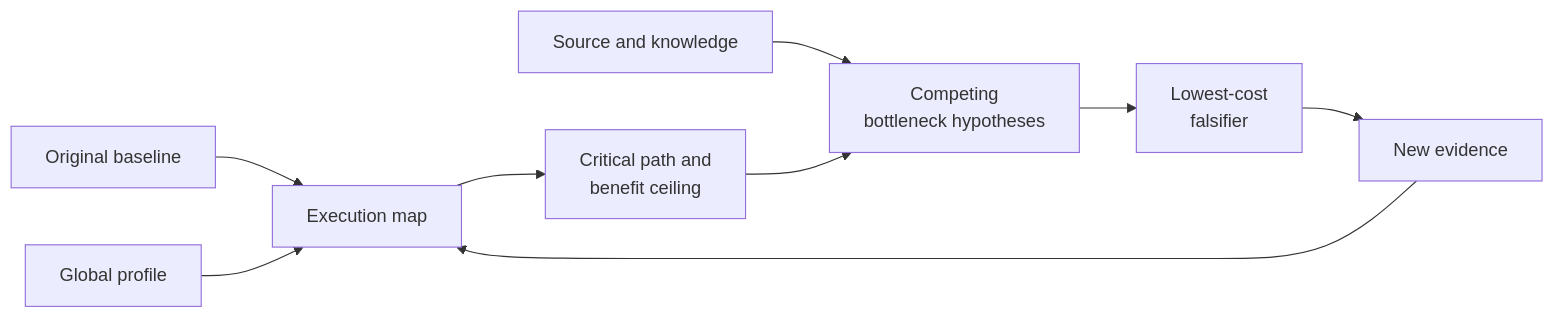
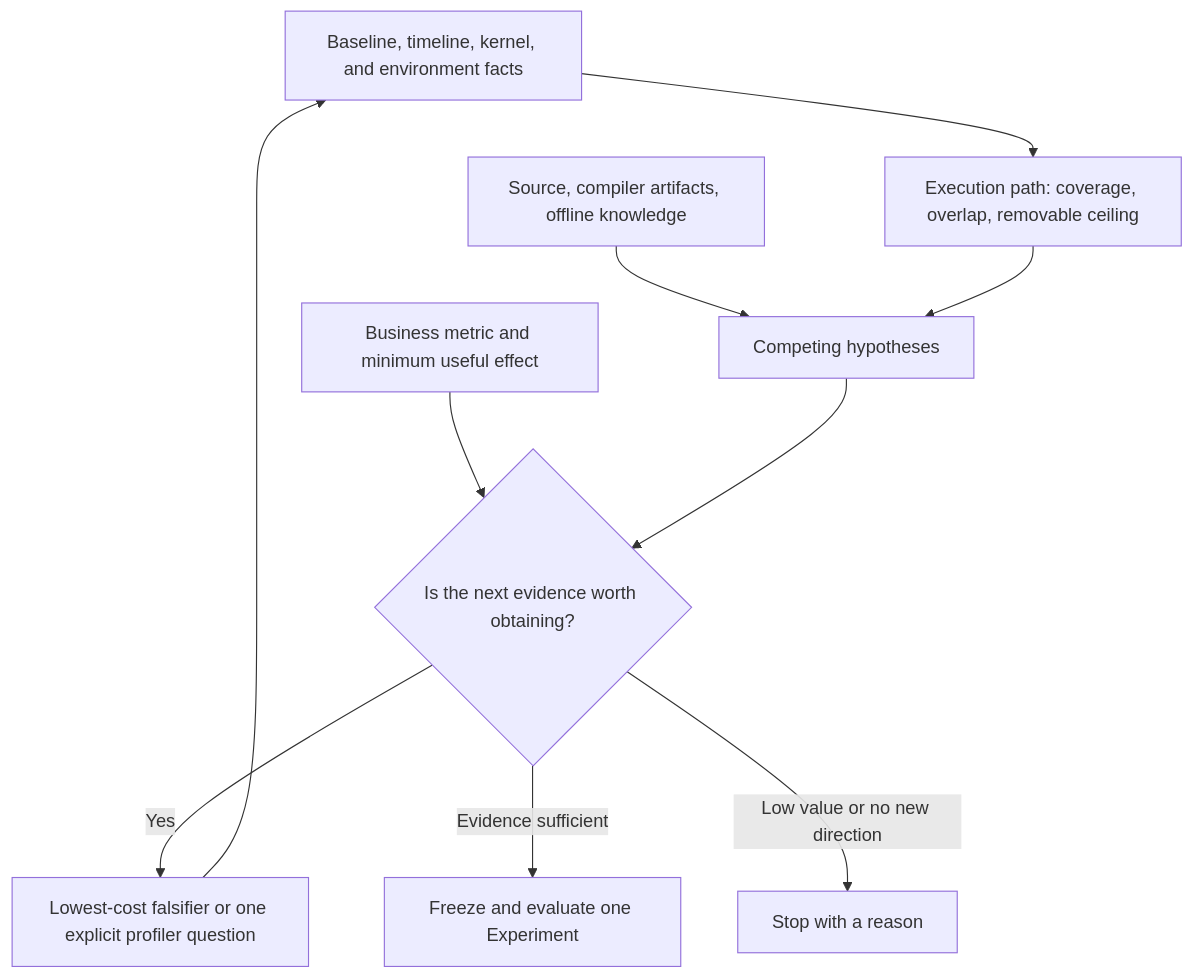
The second of 2 diagrams in README.en.md (troycheng/cuda-kernel-optimizer), drawn with Mermaid before and after one commit. The commit also changed other lines of this file and 88 other files, not shown here.

````diff
--- a/README.en.md
+++ b/README.en.md
@@ -94,11 +85,12 @@
 ```mermaid
-flowchart LR
-    baseline["Original baseline"] --> execution["Execution map"]
-    profile["Global profile"] --> execution
-    execution --> accounting["Critical path and<br/>benefit ceiling"]
-    source["Source and knowledge"] --> hypotheses["Competing<br/>bottleneck hypotheses"]
-    accounting --> hypotheses
-    hypotheses --> falsifier["Lowest-cost<br/>falsifier"]
-    falsifier --> evidence["New evidence"]
-    evidence --> execution
+flowchart TD
+    facts["Baseline, timeline, kernel, and environment facts"] --> map["Execution path: coverage, overlap, removable ceiling"]
+    source["Source, compiler artifacts, offline knowledge"] --> hypotheses["Competing hypotheses"]
+    map --> hypotheses
+    objective["Business metric and minimum useful effect"] --> decision{"Is the next evidence worth obtaining?"}
+    hypotheses --> decision
+    decision -->|"Yes"| check["Lowest-cost falsifier or one explicit profiler question"]
+    check --> facts
+    decision -->|"Evidence sufficient"| experiment["Freeze and evaluate one Experiment"]
+    decision -->|"Low value or no new direction"| stop["Stop with a reason"]
 ```
````
